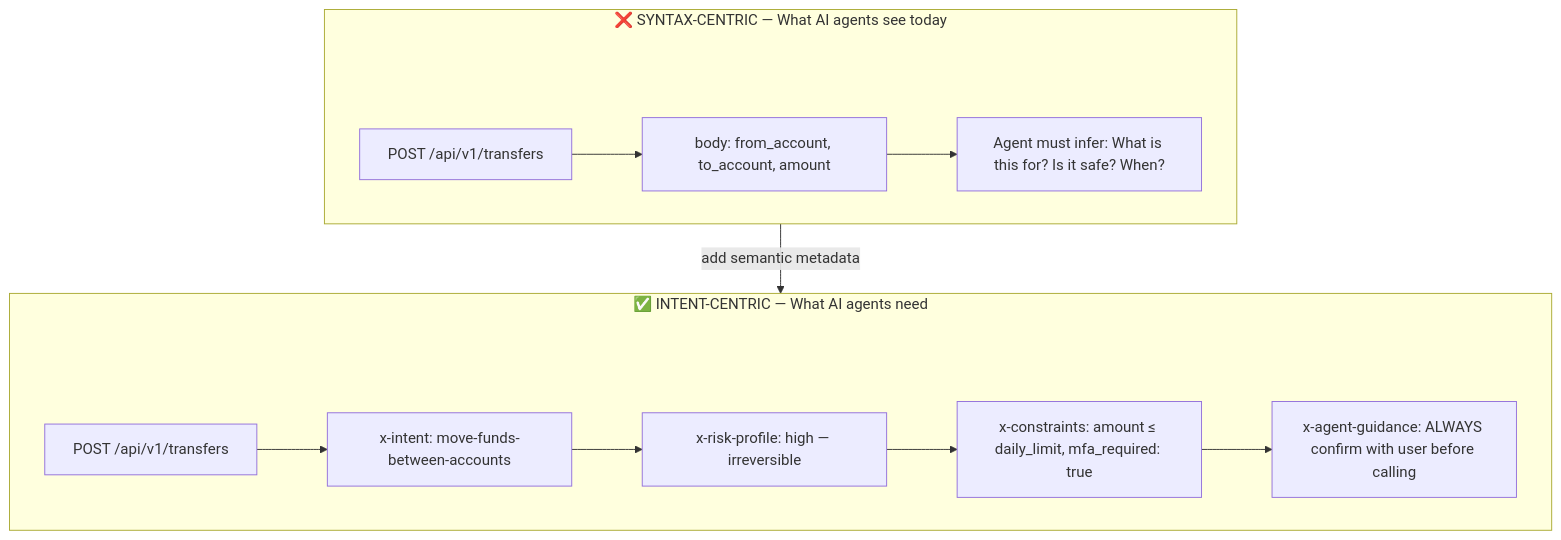
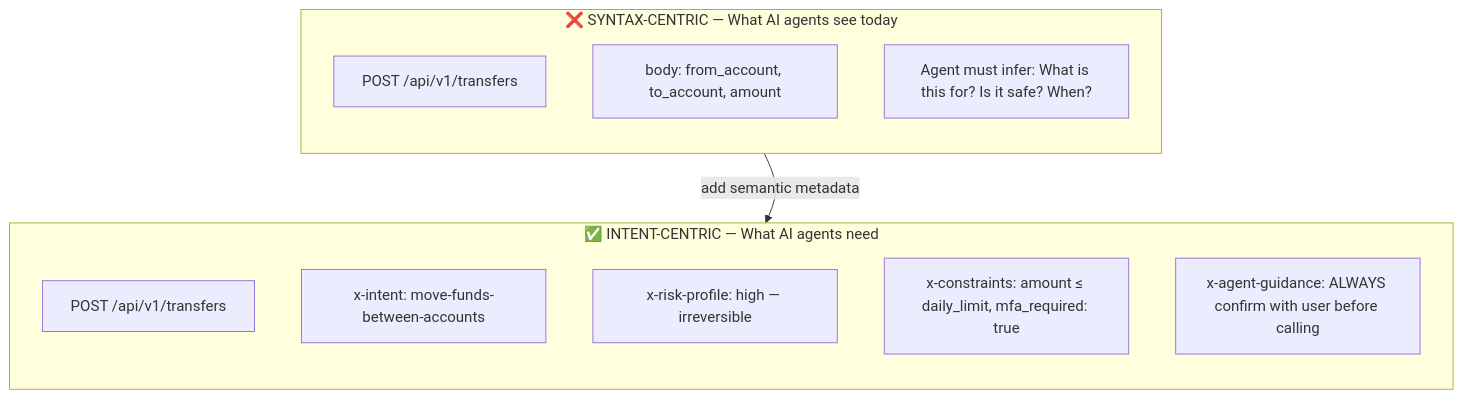
The second of 7 diagrams in internal/fundamentals/the-agentic-future/01-designing-apis-for-ai-consumption.md (romangurevitch/GoTraining), drawn with Mermaid before and after one commit. The commit also changed other lines of this file and 20 other files, not shown here.

````diff
--- a/internal/fundamentals/the-agentic-future/01-designing-apis-for-ai-consumption.md
+++ b/internal/fundamentals/the-agentic-future/01-designing-apis-for-ai-consumption.md
@@ -32,25 +34,22 @@
 ```mermaid
-graph TB
+graph TD
     subgraph Syntax["❌ SYNTAX-CENTRIC — What AI agents see today"]
-        SPACE1[" "]
+        direction TB
         SA["POST /api/v1/transfers"]
         SB["body: from_account, to_account, amount"]
         SC["Agent must infer: What is this for? Is it safe? When?"]
-        SA --> SB --> SC
     end
 
+    Syntax ~~~ Intent
+
     subgraph Intent["✅ INTENT-CENTRIC — What AI agents need"]
-        SPACE2[" "]
+        direction TB
         IA["POST /api/v1/transfers"]
         IB["x-intent: move-funds-between-accounts"]
         IC["x-risk-profile: high — irreversible"]
         ID["x-constraints: amount ≤ daily_limit, mfa_required: true"]
         IE["x-agent-guidance: ALWAYS confirm with user before calling"]
-        IA --> IB --> IC --> ID --> IE
     end
-
-    style SPACE1 fill:none,stroke:none
-    style SPACE2 fill:none,stroke:none
 
     Syntax -->|"add semantic metadata"| Intent
 ```
````
